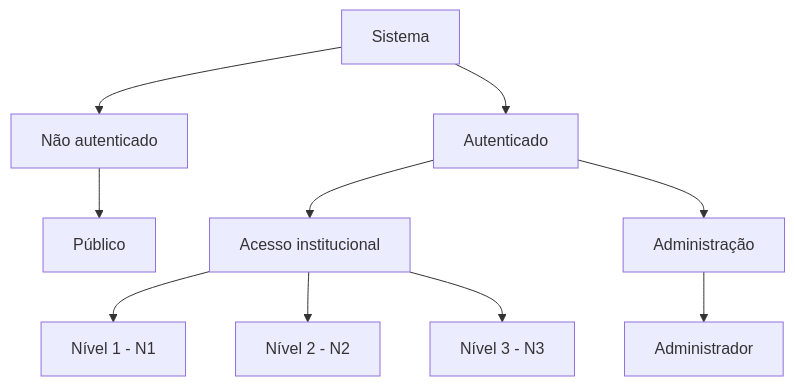
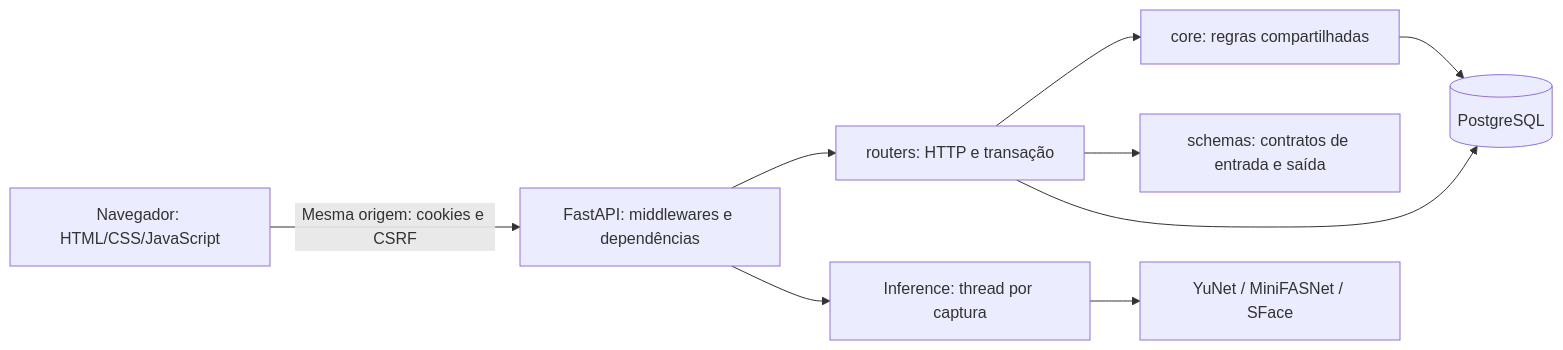
The diagram in docs/SYSTEM.md (Luiznuness-py/facial_recognition), drawn with Mermaid before and after one commit. The commit also changed other lines of this file and 42 other files, not shown here.

````diff
--- a/docs/SYSTEM.md
+++ b/docs/SYSTEM.md
@@ -10,16 +7,11 @@
 ```mermaid
-flowchart TD
-    A[Sistema] --> B[Não autenticado]
-    A --> C[Autenticado]
-
-    B --> D[Público]
-
-    C --> E[Acesso institucional]
-    C --> F[Administração]
-
-    E --> G[Nível 1 - N1]
-    E --> H[Nível 2 - N2]
-    E --> I[Nível 3 - N3]
-
-    F --> J[Administrador]
+flowchart LR
+    B[Navegador: HTML/CSS/JavaScript] -->|Mesma origem: cookies e CSRF| A[FastAPI: middlewares e dependências]
+    A --> R[routers: HTTP e transação]
+    R --> C[core: regras compartilhadas]
+    R --> S[schemas: contratos de entrada e saída]
+    C --> P[(PostgreSQL)]
+    R --> P
+    A --> I[Inference: thread por captura]
+    I --> M[YuNet / MiniFASNet / SFace]
 ```
````
